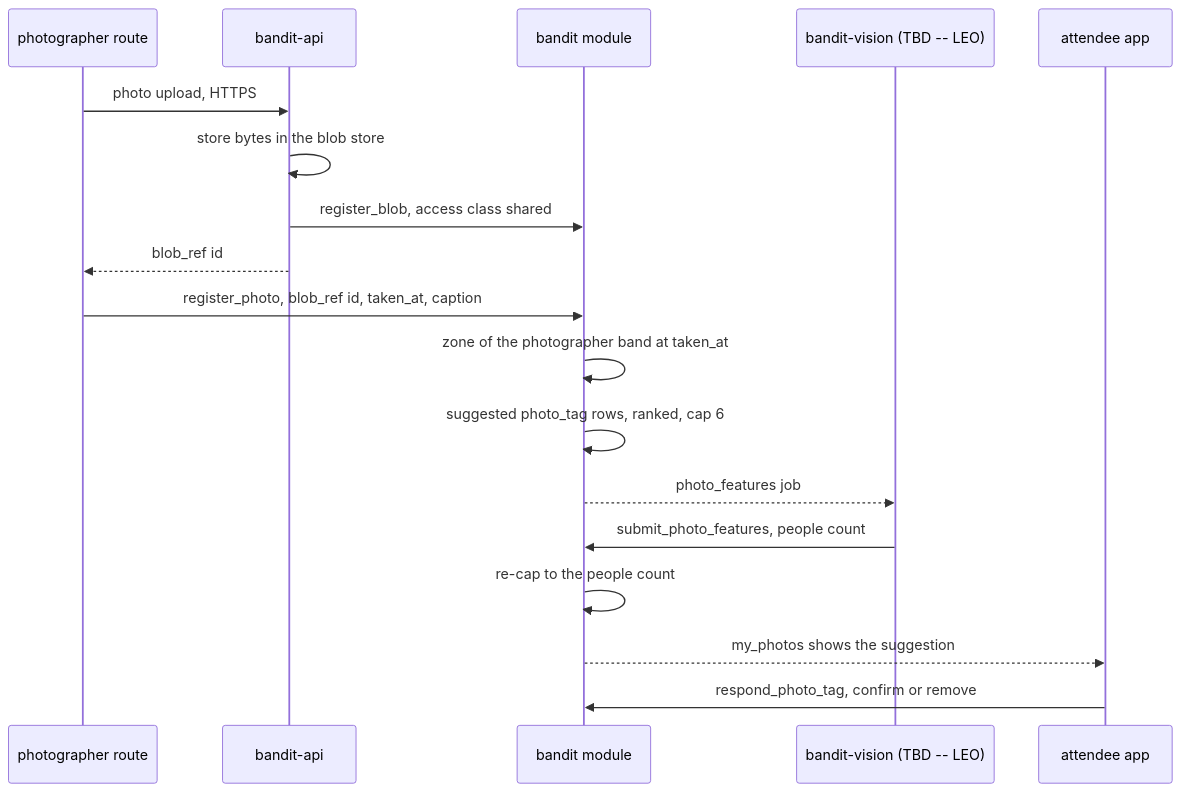
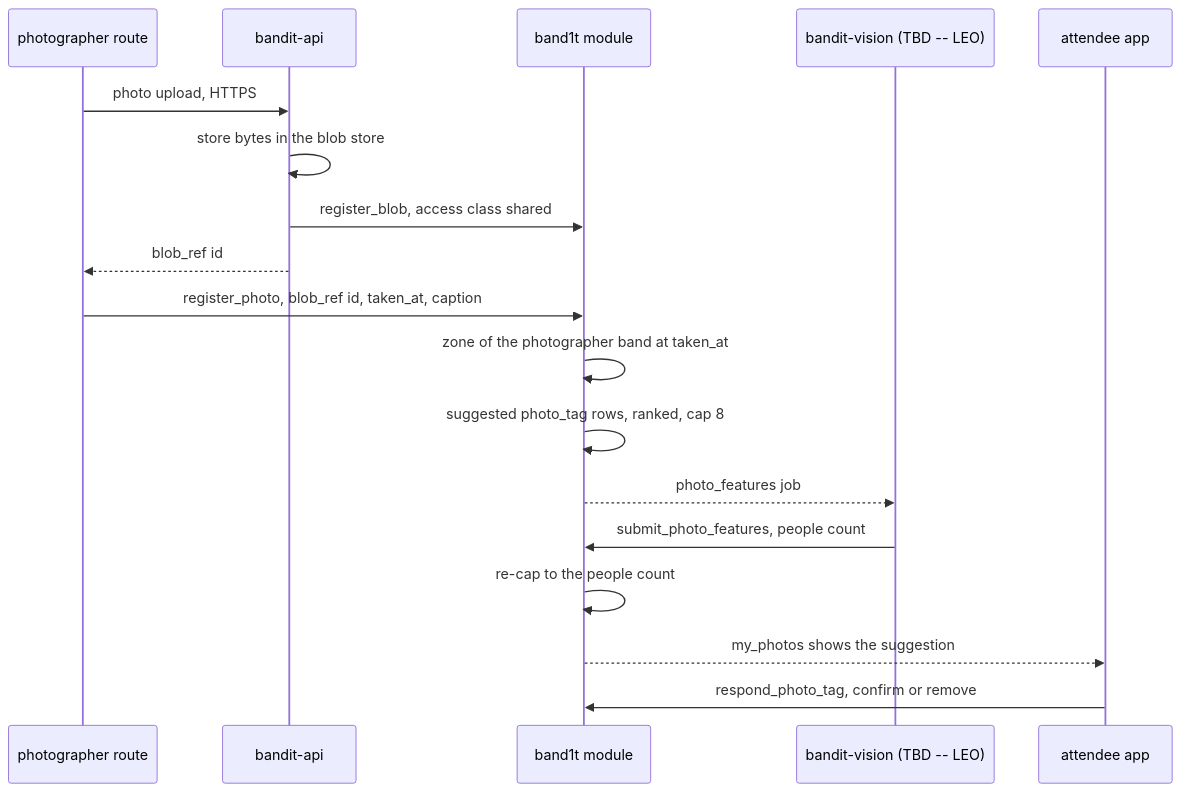
Before and after one commit to viktorinkov/cal-hacks-13: the third of 3 diagrams in System Design/6-features/Social.md, drawn with Mermaid. The commit also changed other lines of this file and 21 other files, not shown here.

````diff
--- a/System Design/6-features/Social.md
+++ b/System Design/6-features/Social.md
@@ -162,20 +163,20 @@
 ```mermaid
 sequenceDiagram
     participant PH as photographer route
     participant API as bandit-api
-    participant M as bandit module
+    participant M as band1t module
     participant V as bandit-vision (TBD -- LEO)
     participant AT as attendee app
     PH->>API: photo upload, HTTPS
     API->>API: store bytes in the blob store
     API->>M: register_blob, access class shared
     API-->>PH: blob_ref id
     PH->>M: register_photo, blob_ref id, taken_at, caption
     M->>M: zone of the photographer band at taken_at
-    M->>M: suggested photo_tag rows, ranked, cap 6
+    M->>M: suggested photo_tag rows, ranked, cap 8
     M-->>V: photo_features job
     V->>M: submit_photo_features, people count
     M->>M: re-cap to the people count
     M-->>AT: my_photos shows the suggestion
     AT->>M: respond_photo_tag, confirm or remove
 ```
````
